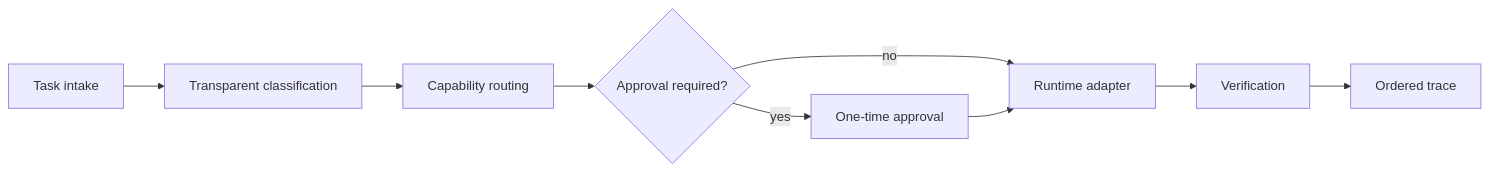
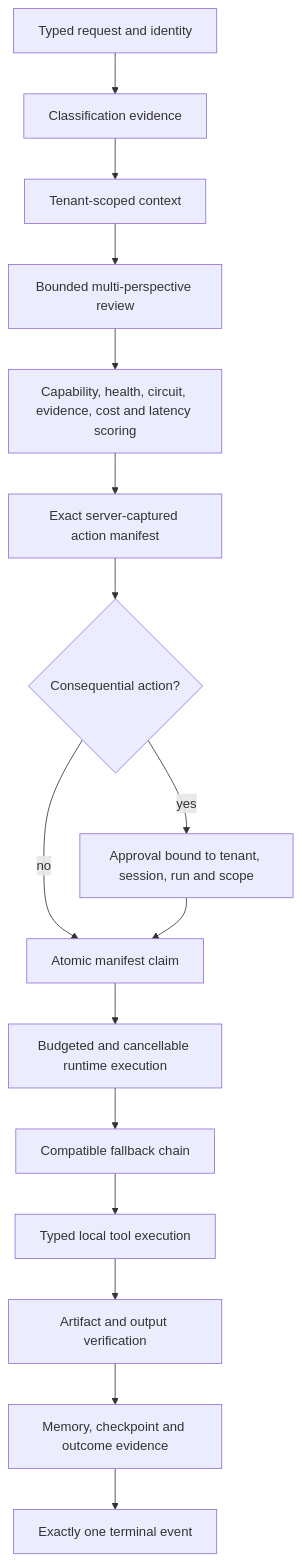
Before and after one commit to Prashant10009/agent-forge-showcase: the diagram in docs/PUBLIC_CORE.md, drawn with Mermaid. The commit also changed other lines of this file and 61 other files, not shown here.

````diff
--- a/docs/PUBLIC_CORE.md
+++ b/docs/PUBLIC_CORE.md
@@ -32,11 +30,18 @@
 ```mermaid
-flowchart LR
-  A["Task intake"] --> B["Transparent classification"]
-  B --> C["Capability routing"]
-  C --> D{"Approval required?"}
-  D -- "yes" --> E["One-time approval"]
-  D -- "no" --> F["Runtime adapter"]
-  E --> F
-  F --> G["Verification"]
-  G --> H["Ordered trace"]
+flowchart TD
+  A["Typed request and identity"] --> B["Classification evidence"]
+  B --> C["Tenant-scoped context"]
+  C --> D["Bounded multi-perspective review"]
+  D --> E["Capability, health, circuit, evidence, cost and latency scoring"]
+  E --> F["Exact server-captured action manifest"]
+  F --> G{"Consequential action?"}
+  G -- "yes" --> H["Approval bound to tenant, session, run and scope"]
+  G -- "no" --> I["Atomic manifest claim"]
+  H --> I
+  I --> J["Budgeted and cancellable runtime execution"]
+  J --> K["Compatible fallback chain"]
+  K --> L["Typed local tool execution"]
+  L --> M["Artifact and output verification"]
+  M --> N["Memory, checkpoint and outcome evidence"]
+  N --> O["Exactly one terminal event"]
 ```
````
